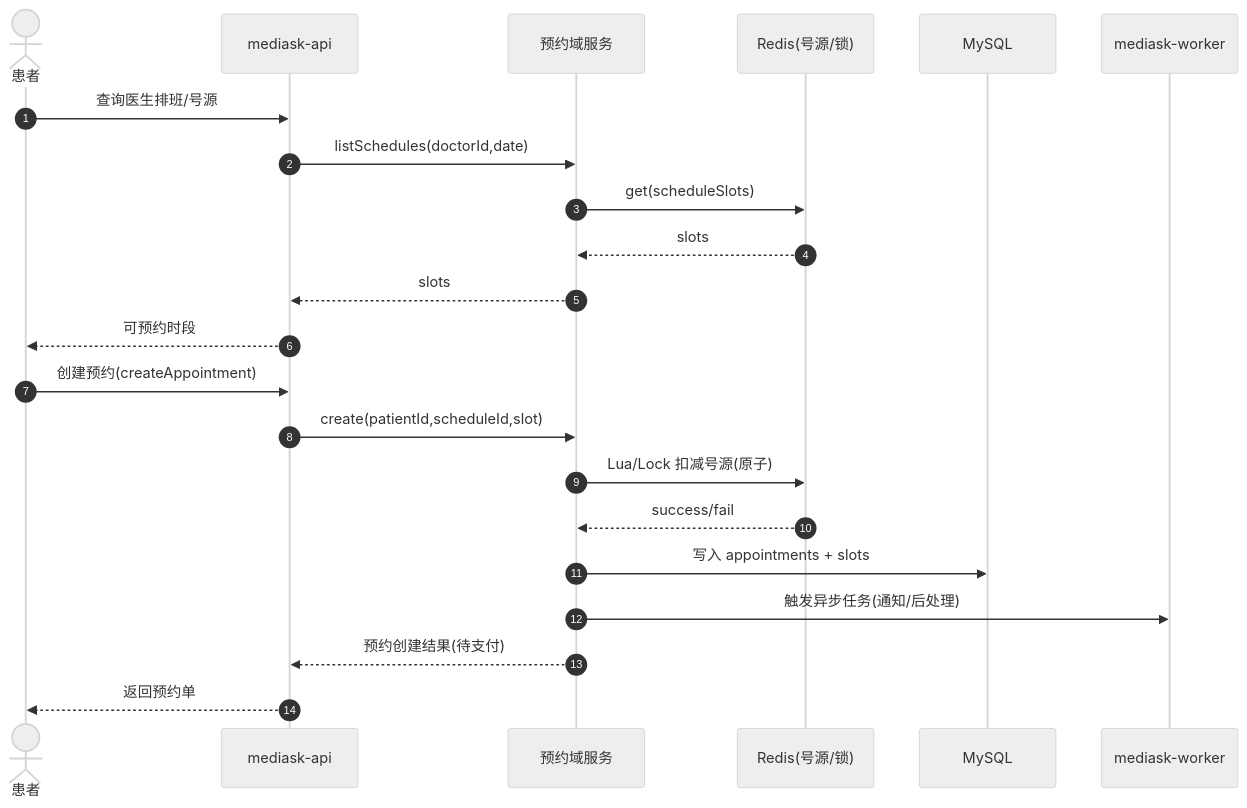
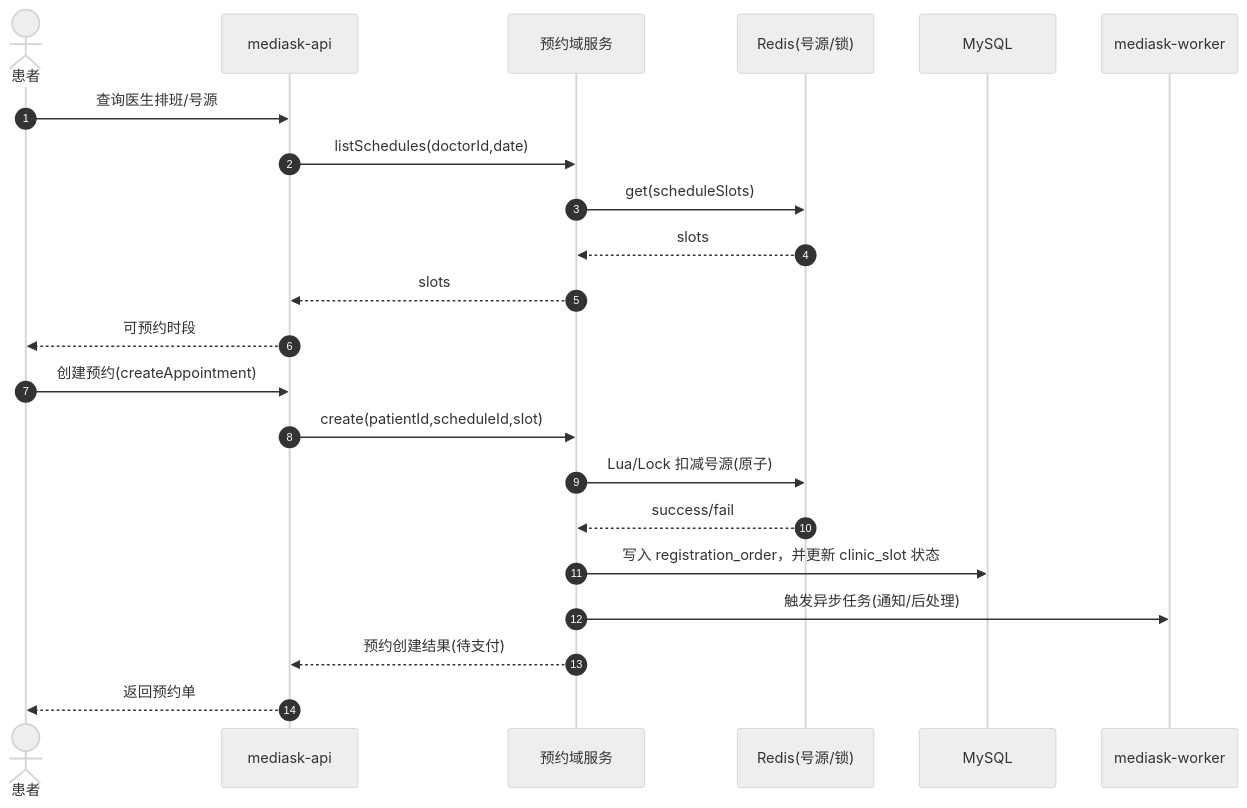
One commit to JianwenShaw/MediAskDocs changed the first of 2 diagrams in PROJECT_PLAN.md. Above: the diagram before and after it, drawn with Mermaid (neutral theme). The commit also changed 8 other files, not shown here.

````diff
--- a/PROJECT_PLAN.md
+++ b/PROJECT_PLAN.md
@@ -107,26 +107,26 @@
 ```mermaid
 sequenceDiagram
     autonumber
     actor Patient as 患者
     participant API as mediask-api
     participant Appt as 预约域服务
     participant Redis as Redis(号源/锁)
     participant DB as MySQL
     participant Worker as mediask-worker
 
     Patient->>API: 查询医生排班/号源
     API->>Appt: listSchedules(doctorId,date)
     Appt->>Redis: get(scheduleSlots)
     Redis-->>Appt: slots
     Appt-->>API: slots
     API-->>Patient: 可预约时段
 
     Patient->>API: 创建预约(createAppointment)
     API->>Appt: create(patientId,scheduleId,slot)
     Appt->>Redis: Lua/Lock 扣减号源(原子)
     Redis-->>Appt: success/fail
-    Appt->>DB: 写入 appointments + slots
+    Appt->>DB: 写入 registration_order，并更新 clinic_slot 状态
     Appt->>Worker: 触发异步任务(通知/后处理)
     Appt-->>API: 预约创建结果(待支付)
     API-->>Patient: 返回预约单
 ```
````
